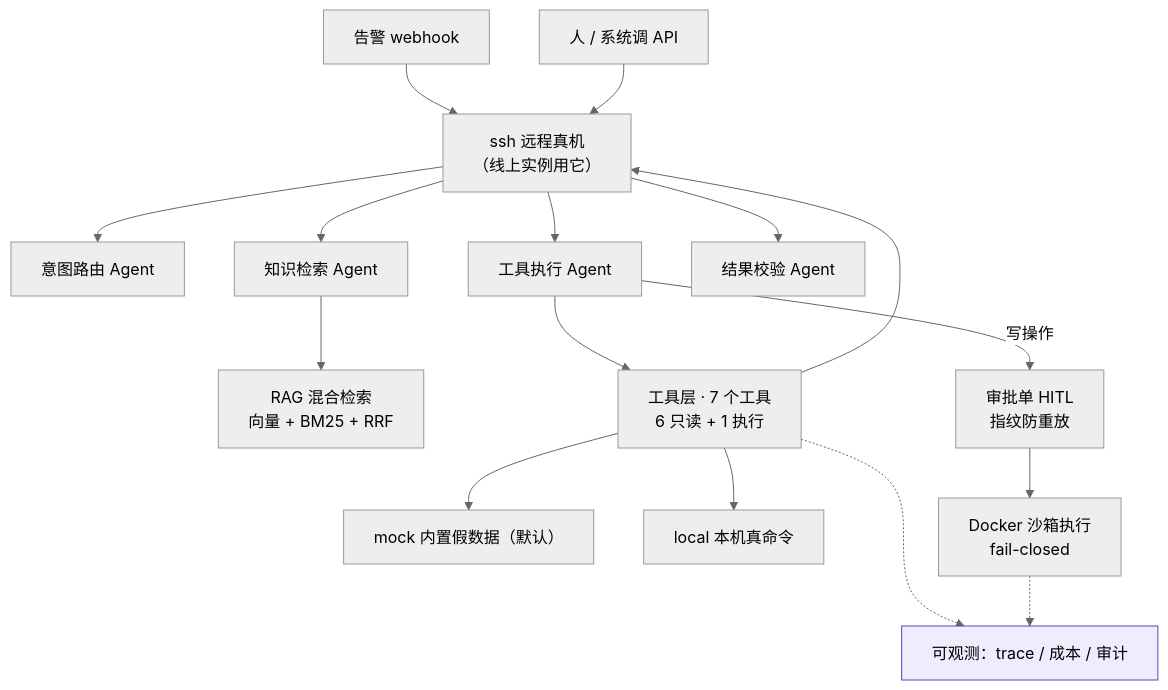
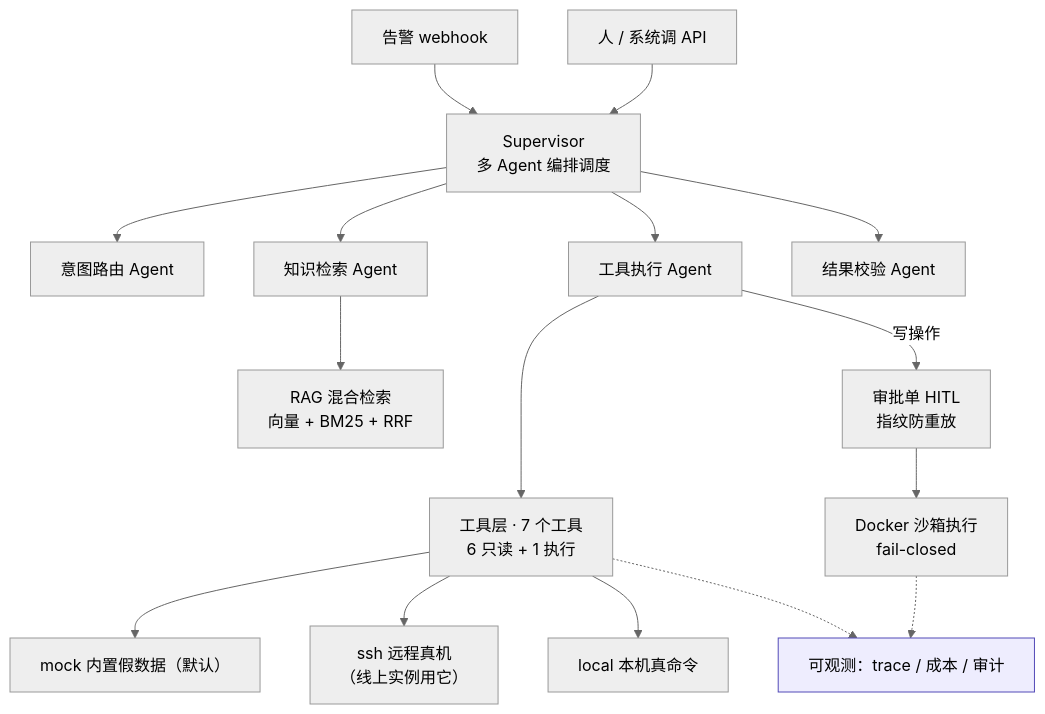
The diagram in README.md (wang-25/agentdesk), drawn with Mermaid (neutral theme) before and after one commit.

Commit message:
fix: README 架构图里 mermaid 节点 id 重复（S 既是 Supervisor 又是 ssh 节点）
上一轮给架构图加 'ssh 远程真机' 分支时，节点 id 用了 S —— 而 S 已经是
Supervisor 的 id。mermaid 里 id 重复会让其中一个节点的标签被覆盖，
图渲染出来是错的（但不会报错，只是看着不对）。

改成 SSH。并加了一句校验：跑一遍正则确认图里每个 id 只定义一次。
**这类错（渲染出来不对但不报错）和之前那些静默 bug 是一类。**

````diff
--- a/README.md
+++ b/README.md
@@ -99,27 +99,27 @@
 ```mermaid
 flowchart TB
     S["Supervisor<br/>多 Agent 编排调度"]
 
     A1["告警 webhook"] --> S
     A2["人 / 系统调 API"] --> S
 
     S --> I["意图路由 Agent"]
     S --> K["知识检索 Agent"]
     S --> D["工具执行 Agent"]
     S --> V["结果校验 Agent"]
 
     K --> R["RAG 混合检索<br/>向量 + BM25 + RRF"]
     D --> T["工具层 · 7 个工具<br/>6 只读 + 1 执行"]
     T --> M["mock 内置假数据（默认）"]
-    T --> S["ssh 远程真机<br/>（线上实例用它）"]
+    T --> SSH["ssh 远程真机<br/>（线上实例用它）"]
     T --> L["local 本机真命令"]
 
     D -->|写操作| H["审批单 HITL<br/>指纹防重放"]
     H --> C["Docker 沙箱执行<br/>fail-closed"]
 
     OBS["可观测：trace / 成本 / 审计"]:::obs
     T -.-> OBS
     C -.-> OBS
 
     classDef obs fill:#EEEDFE,stroke:#534AB7,stroke-width:1px
 ```
````
